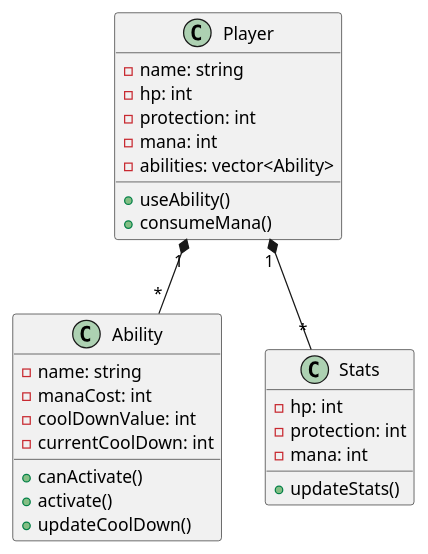
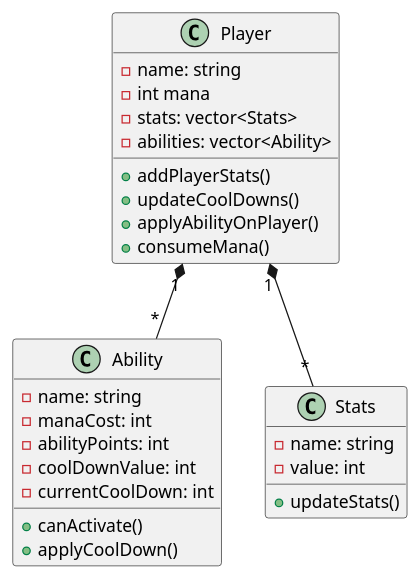
One commit to Gustavo-Valadares/OOS-Trabalho-Tecnico-Estagio changed the diagram in skill-system/diagram.puml. Above: the diagram before and after it, drawn with PlantUML. The commit also changed 5 other files, not shown here.

```diff
--- a/skill-system/diagram.puml
+++ b/skill-system/diagram.puml
@@ -1,38 +1,36 @@
 @startuml
 
 class Player {
     - name: string
-    - hp: int
-    - protection: int
-    - mana: int
+    - int mana
+    - stats: vector<Stats>
     - abilities: vector<Ability>
 
-    + useAbility()
+    + addPlayerStats()
+    + updateCoolDowns()
+    + applyAbilityOnPlayer()
     + consumeMana()
 }
 
 class Ability {
     - name: string
     - manaCost: int
+    - abilityPoints: int
     - coolDownValue: int
     - currentCoolDown: int
 
-    ' canActivate verifica se a habilidade pode ser usada '
     + canActivate()
-    + activate()
-    ' update atualiza o cooldown para que possa ser usado de novo '
-    + updateCoolDown()
+    + applyCoolDown()
 }
 
 class Stats {
-    - hp: int
-    - protection: int
-    - mana: int
+    - name: string
+    - value: int
 
     + updateStats()
 }
 
 Player "1" *-- "*" Ability
 Player "1" *-- "*" Stats
 
 @enduml
```
